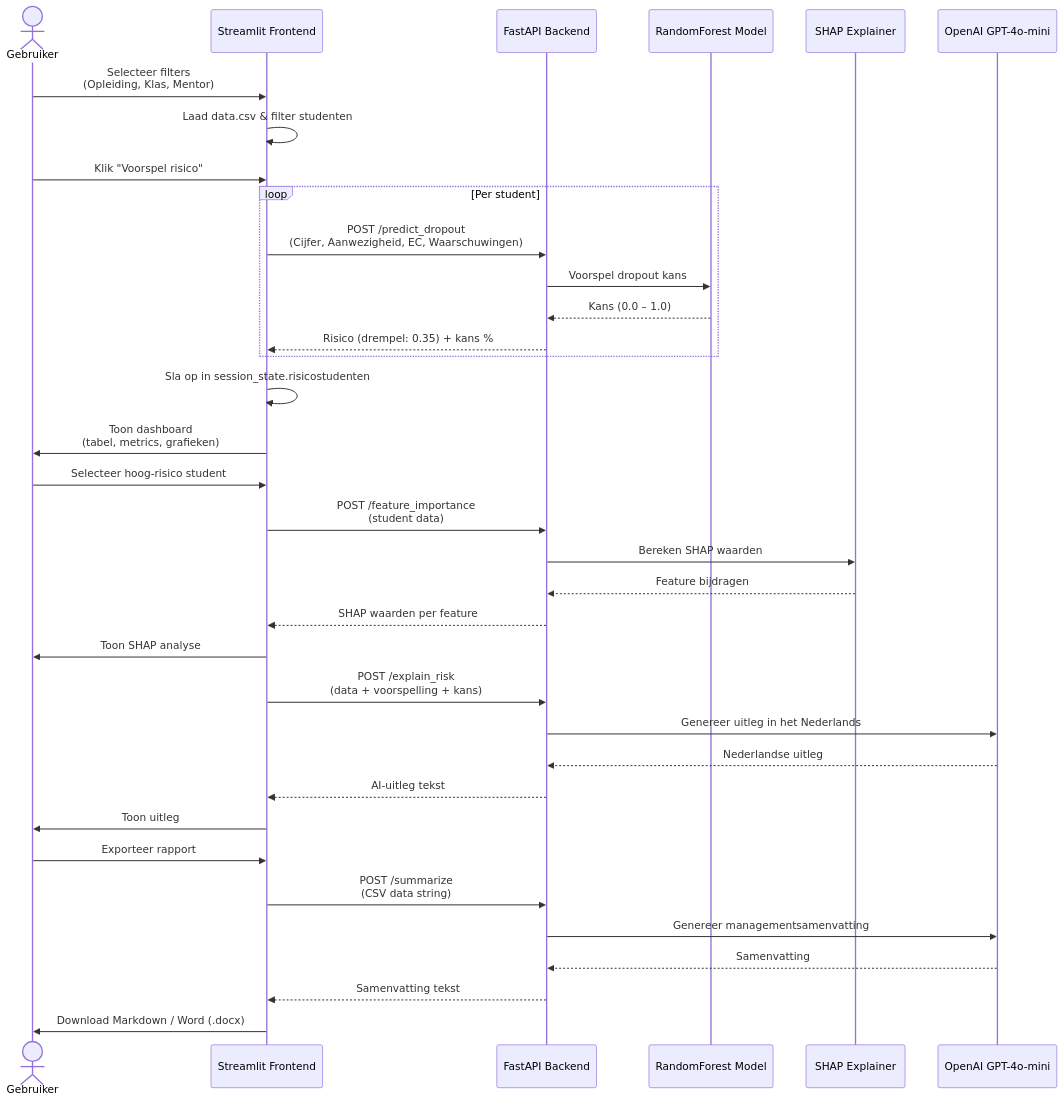
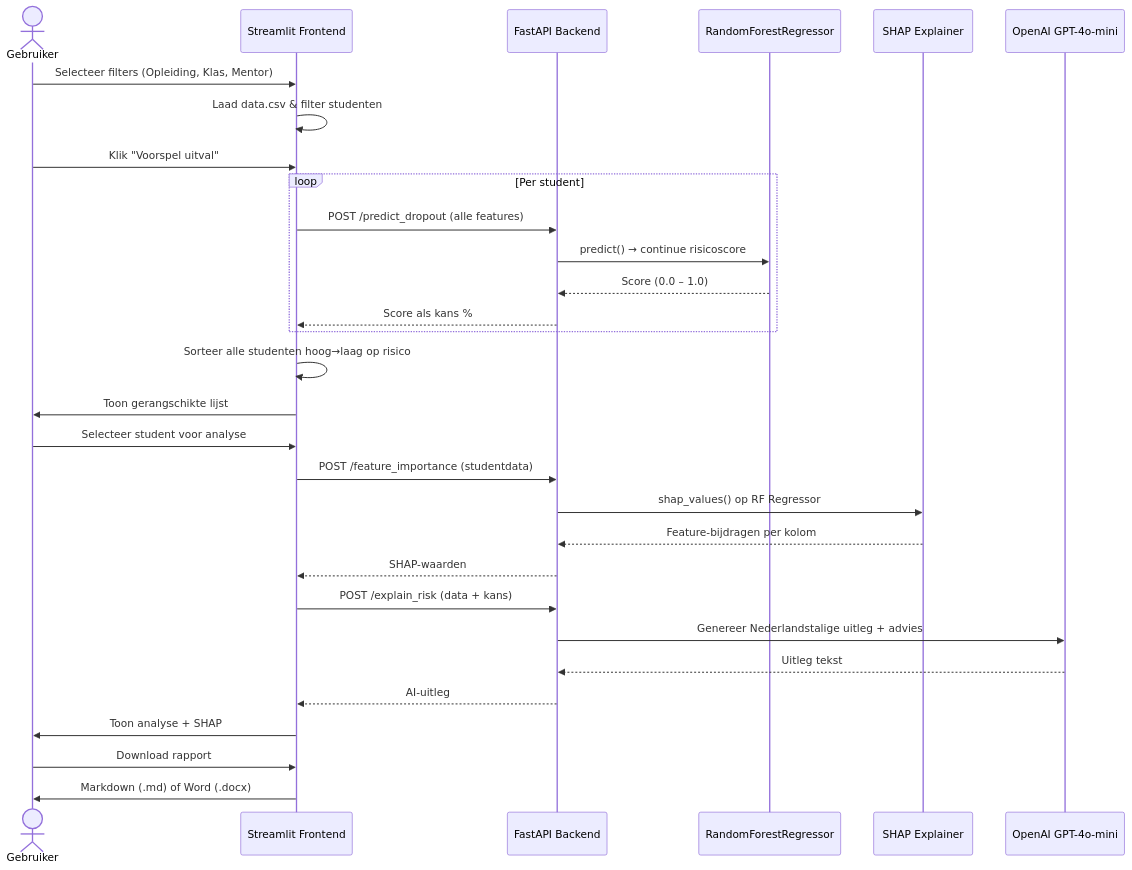
One commit to cedanl/Assistentie changed the second of 2 diagrams in edupulse/docs/architectuur.md. Above: the diagram before and after it, drawn with Mermaid. The commit also changed other lines of this file and 6 other files, not shown here.

````diff
--- a/edupulse/docs/architectuur.md
+++ b/edupulse/docs/architectuur.md
@@ -48,43 +54,38 @@
 ```mermaid
 sequenceDiagram
     actor Gebruiker
     participant FE as Streamlit Frontend
     participant BE as FastAPI Backend
-    participant RF as RandomForest Model
+    participant RF as RandomForestRegressor
     participant SHAP as SHAP Explainer
     participant GPT as OpenAI GPT-4o-mini
 
-    Gebruiker->>FE: Selecteer filters<br/>(Opleiding, Klas, Mentor)
+    Gebruiker->>FE: Selecteer filters (Opleiding, Klas, Mentor)
     FE->>FE: Laad data.csv & filter studenten
 
-    Gebruiker->>FE: Klik "Voorspel risico"
+    Gebruiker->>FE: Klik "Voorspel uitval"
     loop Per student
-        FE->>BE: POST /predict_dropout<br/>(Cijfer, Aanwezigheid, EC, Waarschuwingen)
-        BE->>RF: Voorspel dropout kans
-        RF-->>BE: Kans (0.0 – 1.0)
-        BE-->>FE: Risico (drempel: 0.35) + kans %
+        FE->>BE: POST /predict_dropout (alle features)
+        BE->>RF: predict() → continue risicoscore
+        RF-->>BE: Score (0.0 – 1.0)
+        BE-->>FE: Score als kans %
     end
 
-    FE->>FE: Sla op in session_state.risicostudenten
-    FE->>Gebruiker: Toon dashboard<br/>(tabel, metrics, grafieken)
+    FE->>FE: Sorteer alle studenten hoog→laag op risico
+    FE->>Gebruiker: Toon gerangschikte lijst
 
-    Gebruiker->>FE: Selecteer hoog-risico student
-    FE->>BE: POST /feature_importance<br/>(student data)
-    BE->>SHAP: Bereken SHAP waarden
-    SHAP-->>BE: Feature bijdragen
-    BE-->>FE: SHAP waarden per feature
-    FE->>Gebruiker: Toon SHAP analyse
+    Gebruiker->>FE: Selecteer student voor analyse
+    FE->>BE: POST /feature_importance (studentdata)
+    BE->>SHAP: shap_values() op RF Regressor
+    SHAP-->>BE: Feature-bijdragen per kolom
+    BE-->>FE: SHAP-waarden
 
-    FE->>BE: POST /explain_risk<br/>(data + voorspelling + kans)
-    BE->>GPT: Genereer uitleg in het Nederlands
-    GPT-->>BE: Nederlandse uitleg
-    BE-->>FE: AI-uitleg tekst
-    FE->>Gebruiker: Toon uitleg
+    FE->>BE: POST /explain_risk (data + kans)
+    BE->>GPT: Genereer Nederlandstalige uitleg + advies
+    GPT-->>BE: Uitleg tekst
+    BE-->>FE: AI-uitleg
+    FE->>Gebruiker: Toon analyse + SHAP
 
-    Gebruiker->>FE: Exporteer rapport
-    FE->>BE: POST /summarize<br/>(CSV data string)
-    BE->>GPT: Genereer managementsamenvatting
-    GPT-->>BE: Samenvatting
-    BE-->>FE: Samenvatting tekst
-    FE->>Gebruiker: Download Markdown / Word (.docx)
+    Gebruiker->>FE: Download rapport
+    FE->>Gebruiker: Markdown (.md) of Word (.docx)
 ```
````
